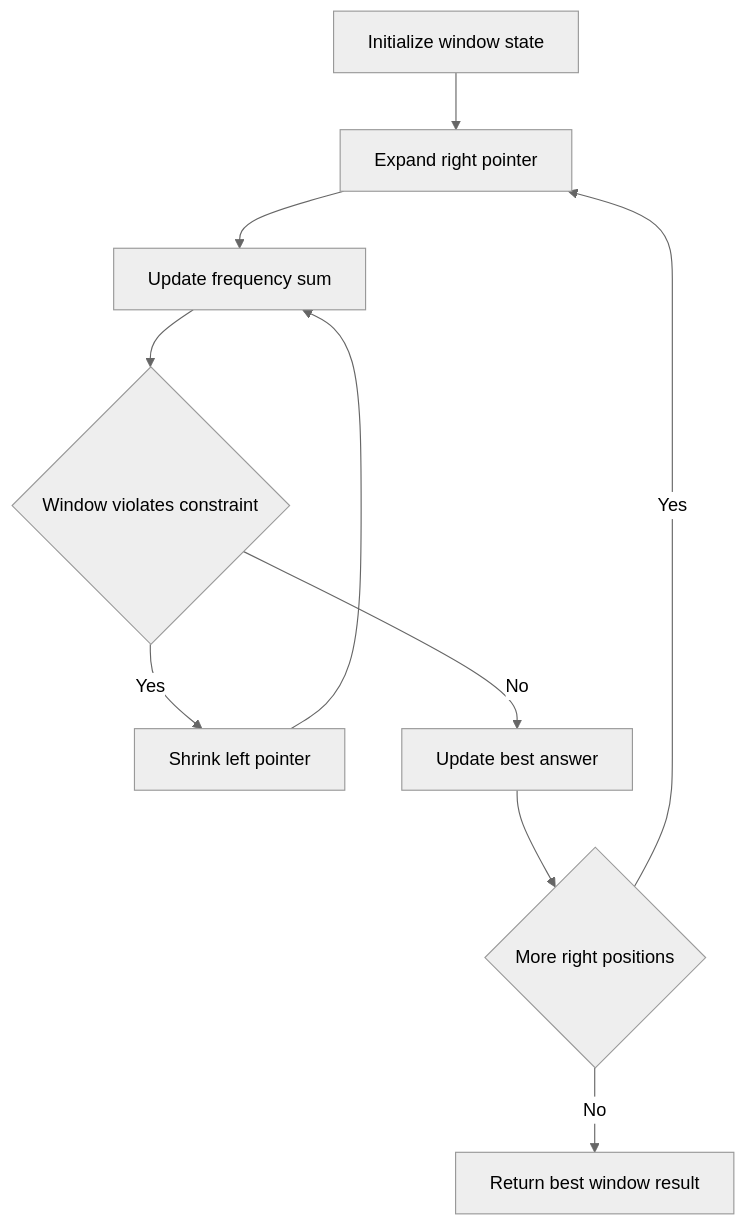
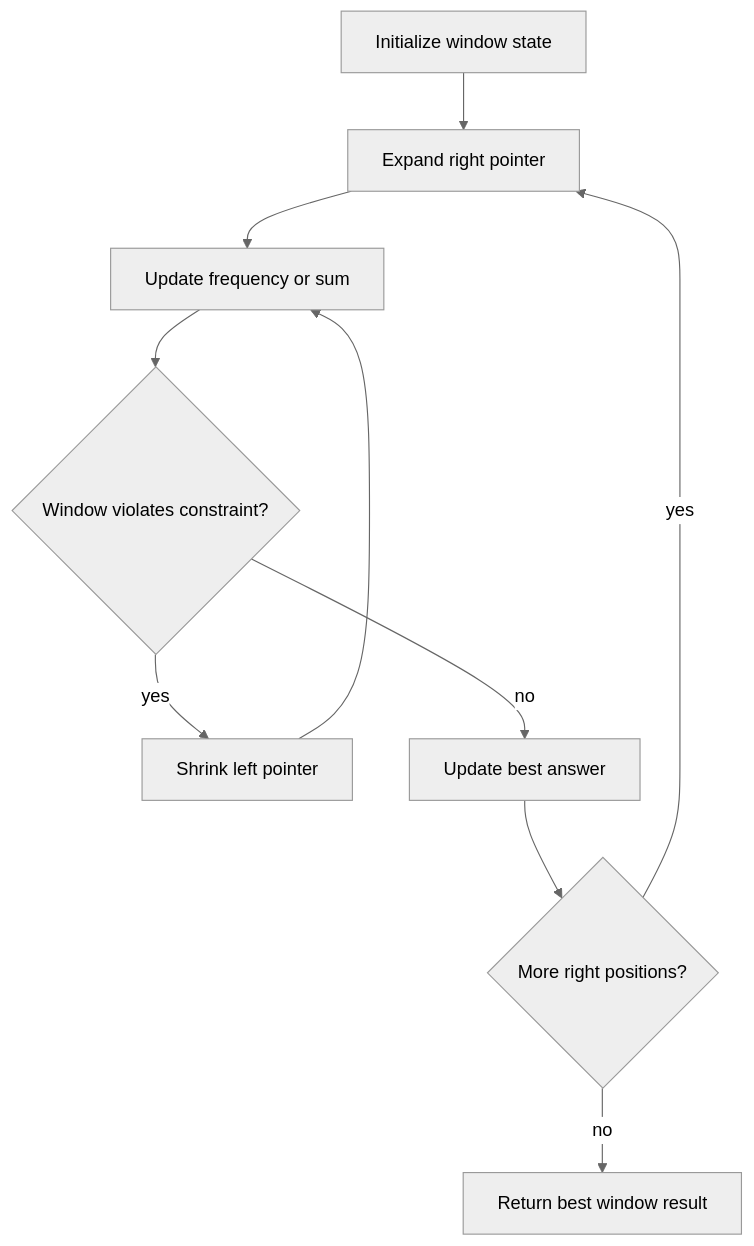
Before and after one commit to choisimo/document: the diagram in content/docs/algorithms/algorithm-architect/08-sliding-window/01-sliding-window.md, drawn with Mermaid (neutral theme). The commit also changed other lines of this file and 432 other files, not shown here.

````diff
--- a/content/docs/algorithms/algorithm-architect/08-sliding-window/01-sliding-window.md
+++ b/content/docs/algorithms/algorithm-architect/08-sliding-window/01-sliding-window.md
@@ -12,12 +72,12 @@
 ```mermaid
 flowchart TD
     A[Initialize window state] --> B[Expand right pointer]
-    B --> C[Update frequency sum]
-    C --> D{Window violates constraint}
-    D -- Yes --> E[Shrink left pointer]
+    B --> C[Update frequency or sum]
+    C --> D{Window violates constraint?}
+    D -- yes --> E[Shrink left pointer]
     E --> C
-    D -- No --> F[Update best answer]
-    F --> G{More right positions}
-    G -- Yes --> B
-    G -- No --> H[Return best window result]
+    D -- no --> F[Update best answer]
+    F --> G{More right positions?}
+    G -- yes --> B
+    G -- no --> H[Return best window result]
 ```
````
